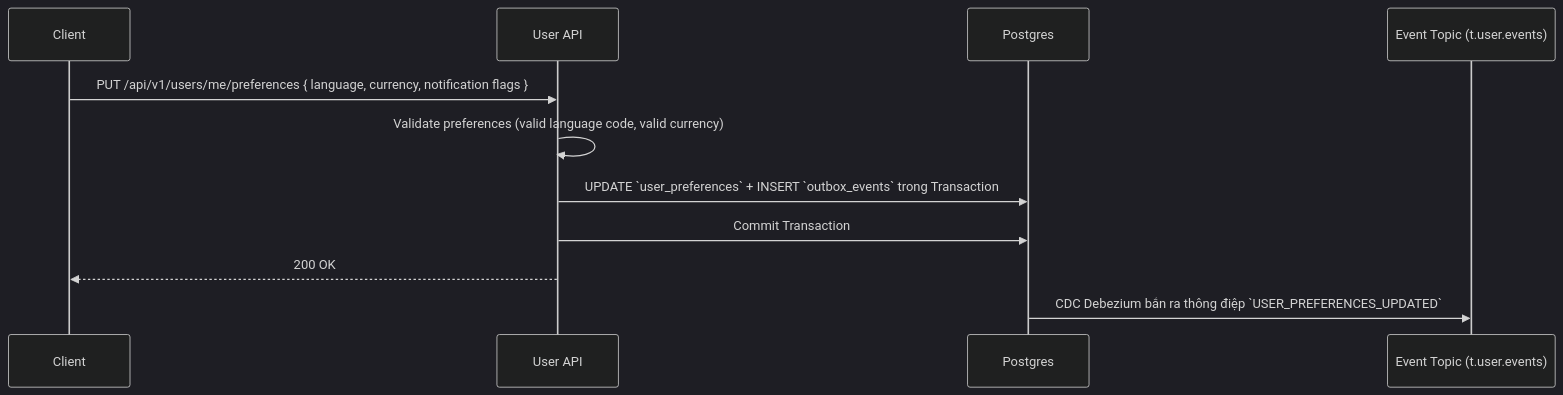
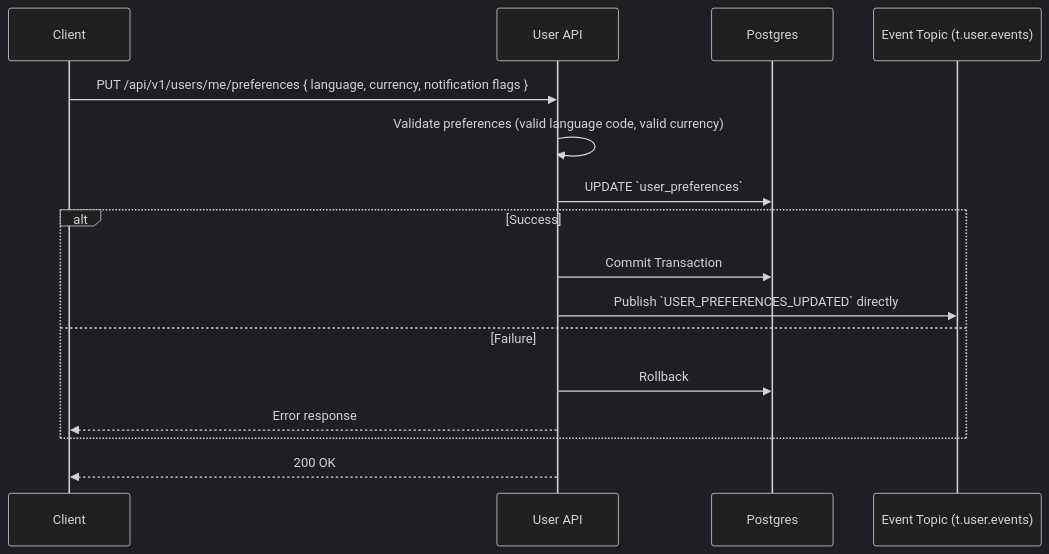
The eighth of 13 diagrams in docs/user/user_workflows.md (quangdung2110/e-commerce-microservices), drawn with Mermaid (dark theme) before and after one commit. The commit also changed other lines of this file and 3 other files, not shown here.

````diff
--- a/docs/user/user_workflows.md
+++ b/docs/user/user_workflows.md
@@ -219,15 +223,19 @@
 ```mermaid
 sequenceDiagram
     participant App as Client
     participant API as User API
     participant DB as Postgres
     participant Kafka as Event Topic (t.user.events)
 
     App->>API: PUT /api/v1/users/me/preferences { language, currency, notification flags }
     API->>API: Validate preferences (valid language code, valid currency)
-    API->>DB: UPDATE `user_preferences` + INSERT `outbox_events` trong Transaction
-    API->>DB: Commit Transaction
+    API->>DB: UPDATE `user_preferences`
+    alt Success
+        API->>DB: Commit Transaction
+        API->>Kafka: Publish `USER_PREFERENCES_UPDATED` directly
+    else Failure
+        API->>DB: Rollback
+        API-->>App: Error response
+    end
     API-->>App: 200 OK
-
-    DB->>Kafka: CDC Debezium bắn ra thông điệp `USER_PREFERENCES_UPDATED`
 ```
````
